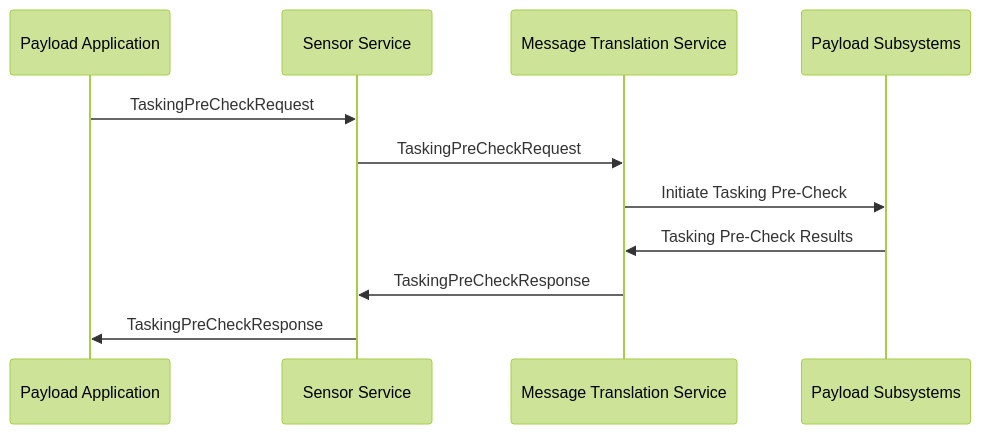
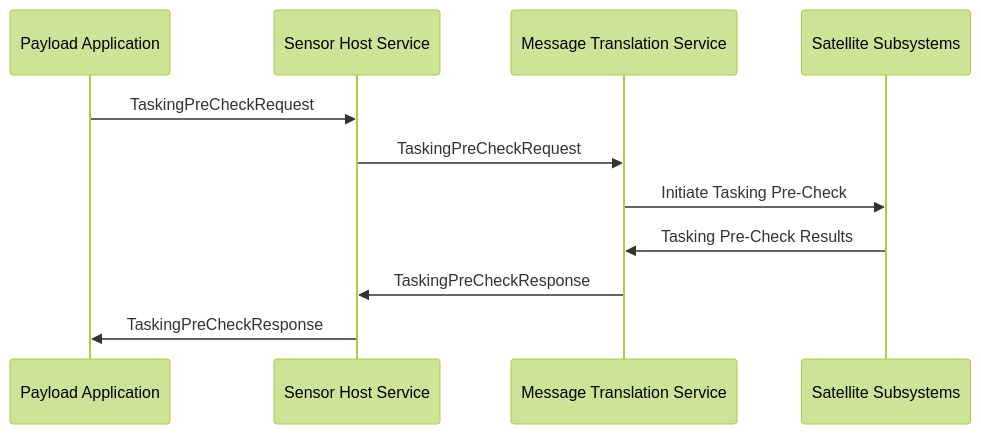
One commit to microsoft/azure-orbital-space-sdk changed the second of 4 diagrams in docs/architecture/runtime-framework/host-services/sensor.md. Above: the diagram before and after it, drawn with Mermaid (forest theme). The commit also changed other lines of this file, not shown here.

Commit message:
updates sensor doc

````diff
--- a/docs/architecture/runtime-framework/host-services/sensor.md
+++ b/docs/architecture/runtime-framework/host-services/sensor.md
@@ -60,14 +89,14 @@
 ```mermaid
 sequenceDiagram
     participant PA as Payload Application
-    participant SS as Sensor Service
+    participant SS as Sensor Host Service
     participant MTS as Message Translation Service
-    participant PS as Payload Subsystems
+    participant PS as Satellite Subsystems
 
     PA->>SS: TaskingPreCheckRequest
     SS->>MTS: TaskingPreCheckRequest
     MTS->>PS: Initiate Tasking Pre-Check
     PS->>MTS: Tasking Pre-Check Results
     MTS->>SS: TaskingPreCheckResponse
     SS->>PA: TaskingPreCheckResponse
 ```
````
